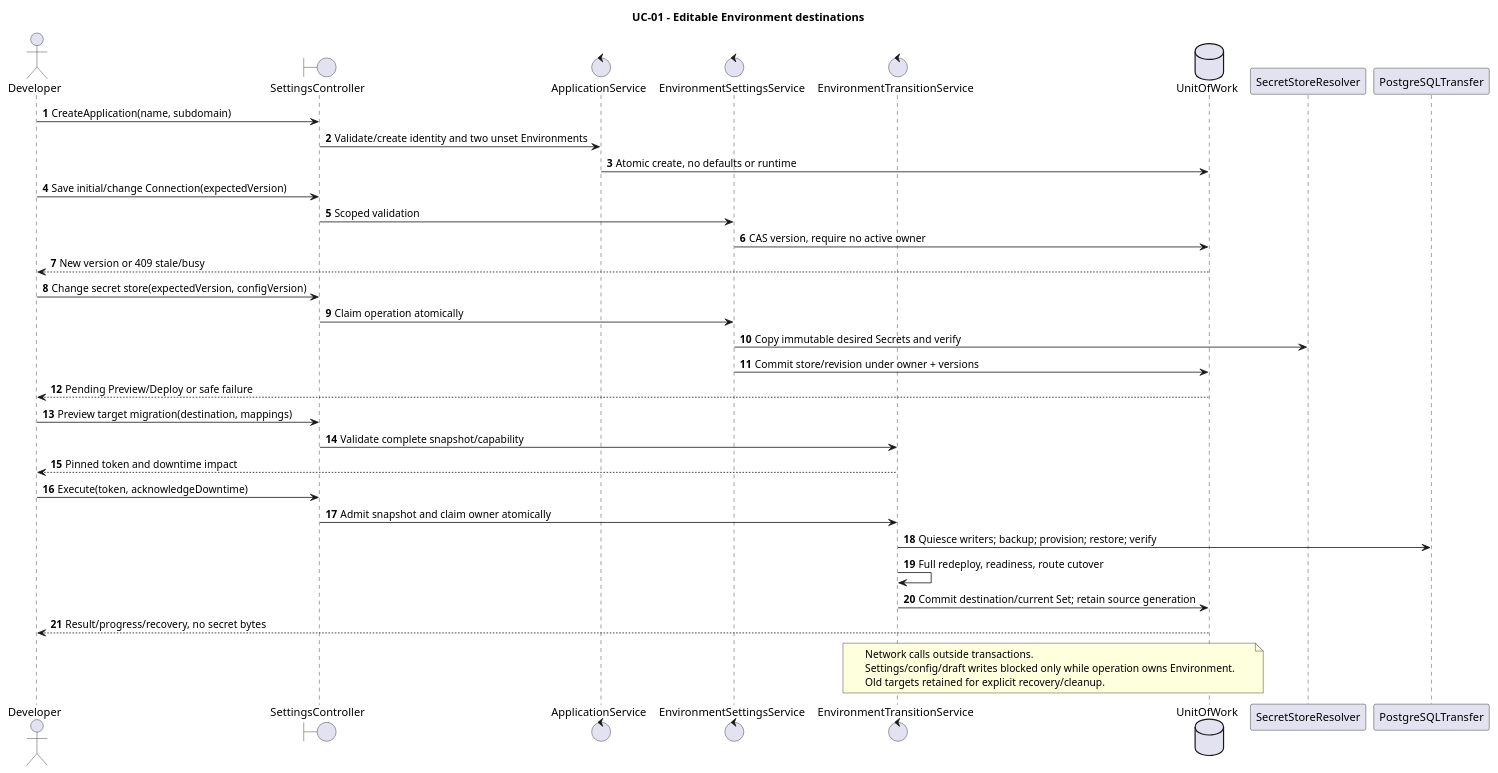
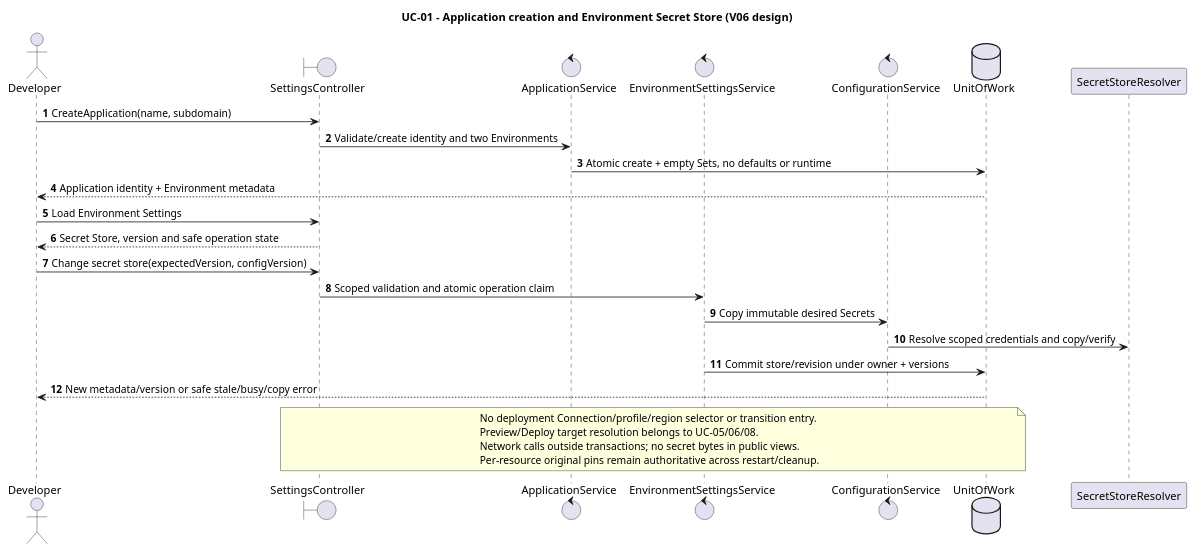
Before and after one commit to pr3s3nt/poc: the diagram in orchestrator_docs/usecase/UC-01/sequence.puml, drawn with PlantUML. The commit also changed 126 other files, not shown here.

First line of the commit message:
Complete V04 dependency graph and full-app acceptance

```diff
--- a/orchestrator_docs/usecase/UC-01/sequence.puml
+++ b/orchestrator_docs/usecase/UC-01/sequence.puml
@@ -1,38 +1,29 @@
 @startuml
-title UC-01 - Editable Environment destinations
+title UC-01 - Application creation and Environment Secret Store (V06 design)
 autonumber
 actor Developer as Dev
 boundary SettingsController as API
 control ApplicationService as Apps
 control EnvironmentSettingsService as Settings
-control EnvironmentTransitionService as Transition
+control ConfigurationService as Config
 database UnitOfWork as DB
 participant SecretStoreResolver as Stores
-participant PostgreSQLTransfer as PG
 Dev -> API: CreateApplication(name, subdomain)
-API -> Apps: Validate/create identity and two unset Environments
-Apps -> DB: Atomic create, no defaults or runtime
-Dev -> API: Save initial/change Connection(expectedVersion)
-API -> Settings: Scoped validation
-Settings -> DB: CAS version, require no active owner
-DB --> Dev: New version or 409 stale/busy
+API -> Apps: Validate/create identity and two Environments
+Apps -> DB: Atomic create + empty Sets, no defaults or runtime
+DB --> Dev: Application identity + Environment metadata
+Dev -> API: Load Environment Settings
+API --> Dev: Secret Store, version and safe operation state
 Dev -> API: Change secret store(expectedVersion, configVersion)
-API -> Settings: Claim operation atomically
-Settings -> Stores: Copy immutable desired Secrets and verify
+API -> Settings: Scoped validation and atomic operation claim
+Settings -> Config: Copy immutable desired Secrets
+Config -> Stores: Resolve scoped credentials and copy/verify
 Settings -> DB: Commit store/revision under owner + versions
-DB --> Dev: Pending Preview/Deploy or safe failure
-Dev -> API: Preview target migration(destination, mappings)
-API -> Transition: Validate complete snapshot/capability
-Transition --> Dev: Pinned token and downtime impact
-Dev -> API: Execute(token, acknowledgeDowntime)
-API -> Transition: Admit snapshot and claim owner atomically
-Transition -> PG: Quiesce writers; backup; provision; restore; verify
-Transition -> Transition: Full redeploy, readiness, route cutover
-Transition -> DB: Commit destination/current Set; retain source generation
-DB --> Dev: Result/progress/recovery, no secret bytes
-note over Transition,DB
-Network calls outside transactions.
-Settings/config/draft writes blocked only while operation owns Environment.
-Old targets retained for explicit recovery/cleanup.
+DB --> Dev: New metadata/version or safe stale/busy/copy error
+note over API,DB
+No deployment Connection/profile/region selector or transition entry.
+Preview/Deploy target resolution belongs to UC-05/06/08.
+Network calls outside transactions; no secret bytes in public views.
+Per-resource original pins remain authoritative across restart/cleanup.
 end note
 @enduml
```
